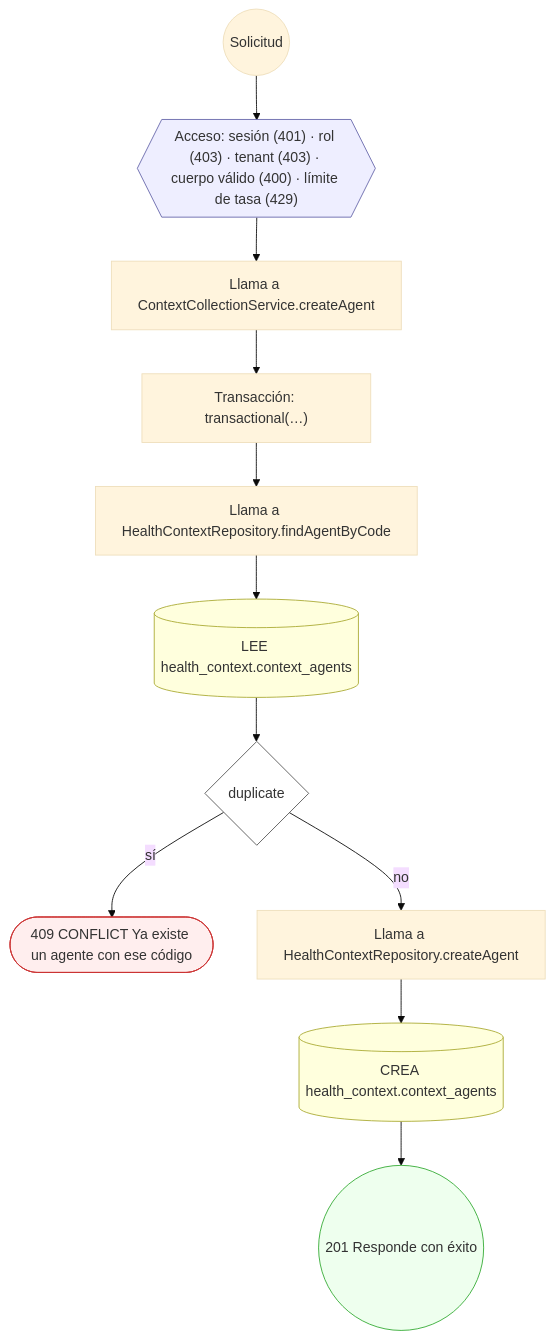
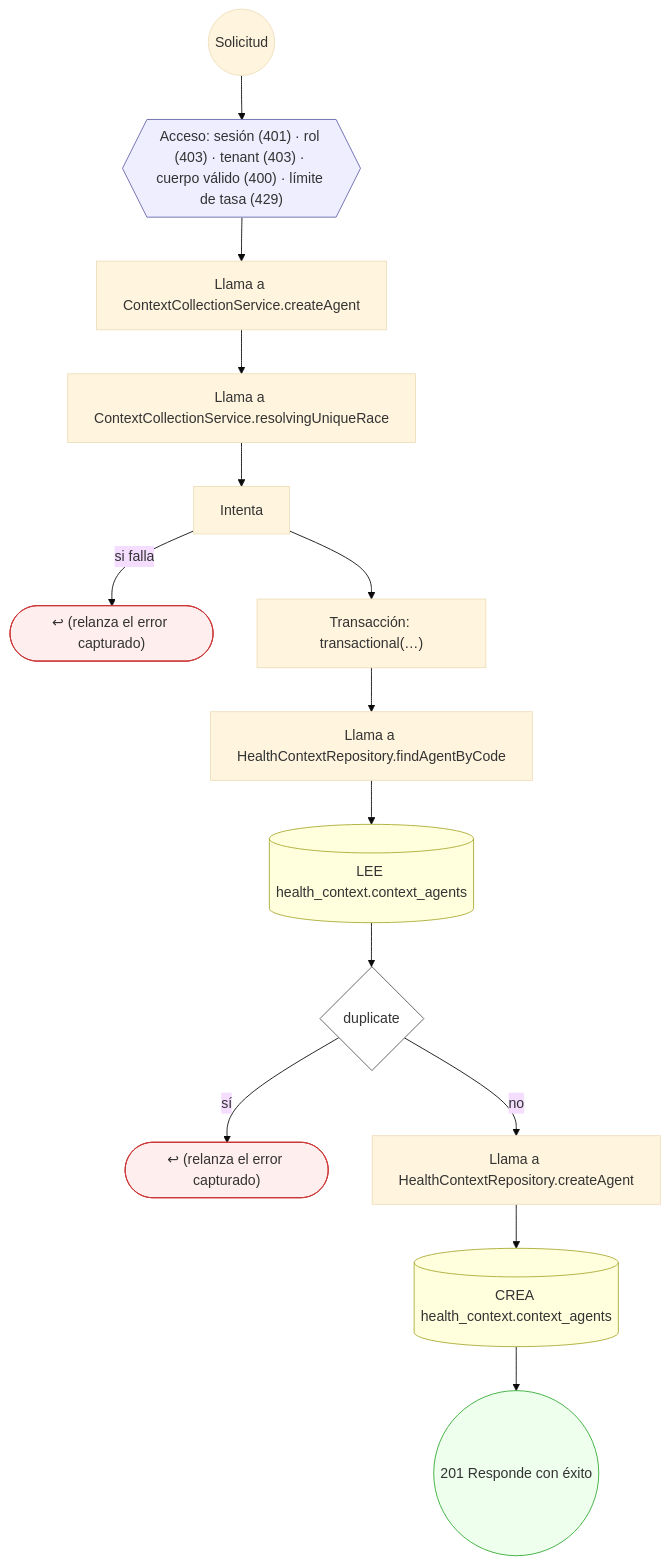
The second of 14 diagrams in docs/inventario/flujos/health_context.md (mdavila-2001/mantra-core-health-api), drawn with Mermaid (base theme) before and after one commit. The commit also changed other lines of this file and 438 other files, not shown here.

````diff
--- a/docs/inventario/flujos/health_context.md
+++ b/docs/inventario/flujos/health_context.md
@@ -165,30 +164,36 @@
 ```mermaid
 flowchart TD
   n1(("Solicitud")):::inicio
   n2{{"Acceso: sesión (401) · rol (403) · tenant (403) · cuerpo válido (400) · límite de tasa (429)"}}:::acceso
   n1 --> n2
   n3["Llama a ContextCollectionService.createAgent"]:::llamada
   n2 --> n3
-  n4["Transacción: transactional(…)"]:::transaccion
+  n4["Llama a ContextCollectionService.resolvingUniqueRace"]:::llamada
   n3 --> n4
-  n5["Llama a HealthContextRepository.findAgentByCode"]:::llamada
+  n5["Intenta"]:::intento
   n4 --> n5
-  n6[("LEE health_context.context_agents")]:::efecto
-  n5 --> n6
-  n7{"duplicate"}:::decision
-  n6 --> n7
-  n8(["409 CONFLICT Ya existe un agente con ese código"]):::error
-  n7 -->|"sí"| n8
-  n9["Llama a HealthContextRepository.createAgent"]:::llamada
-  n7 -->|"no"| n9
-  n10[("CREA health_context.context_agents")]:::efecto
+  n6(["↩ (relanza el error capturado)"]):::error
+  n5 -->|"si falla"| n6
+  n7["Transacción: transactional(…)"]:::transaccion
+  n5 --> n7
+  n8["Llama a HealthContextRepository.findAgentByCode"]:::llamada
+  n7 --> n8
+  n9[("LEE health_context.context_agents")]:::efecto
+  n8 --> n9
+  n10{"duplicate"}:::decision
   n9 --> n10
-  n11(("201 Responde con éxito")):::ok
-  n10 --> n11
+  n11(["↩ (relanza el error capturado)"]):::error
+  n10 -->|"sí"| n11
+  n12["Llama a HealthContextRepository.createAgent"]:::llamada
+  n10 -->|"no"| n12
+  n13[("CREA health_context.context_agents")]:::efecto
+  n12 --> n13
+  n14(("201 Responde con éxito")):::ok
+  n13 --> n14
   classDef acceso fill:#eef,stroke:#66a
   classDef error fill:#fee,stroke:#c33
   classDef ok fill:#efe,stroke:#3a3
   classDef efecto fill:#ffd,stroke:#aa3
   classDef decision fill:#fff,stroke:#555
   classDef corte fill:#eee,stroke:#999,stroke-dasharray: 4
 ```
````
